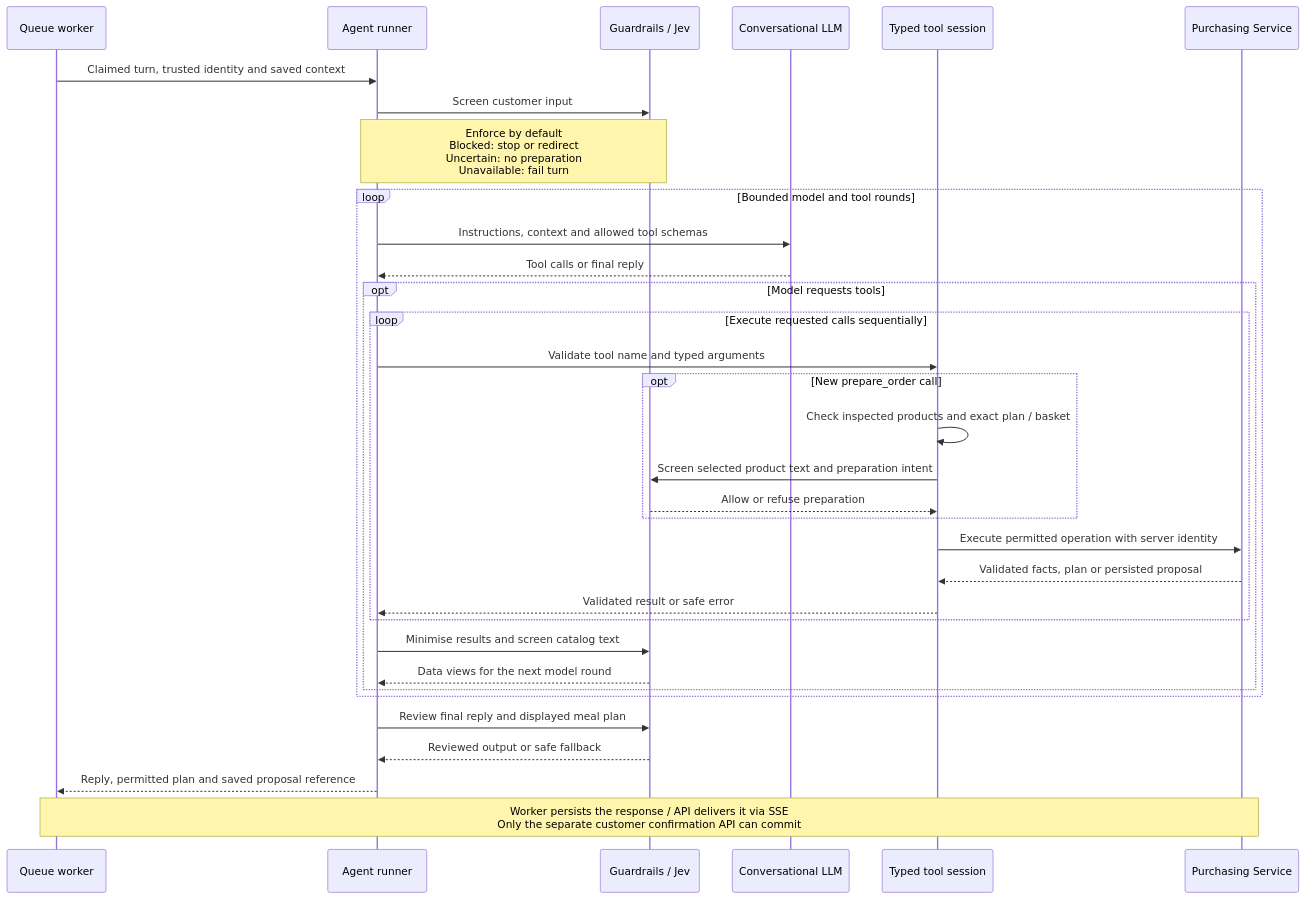
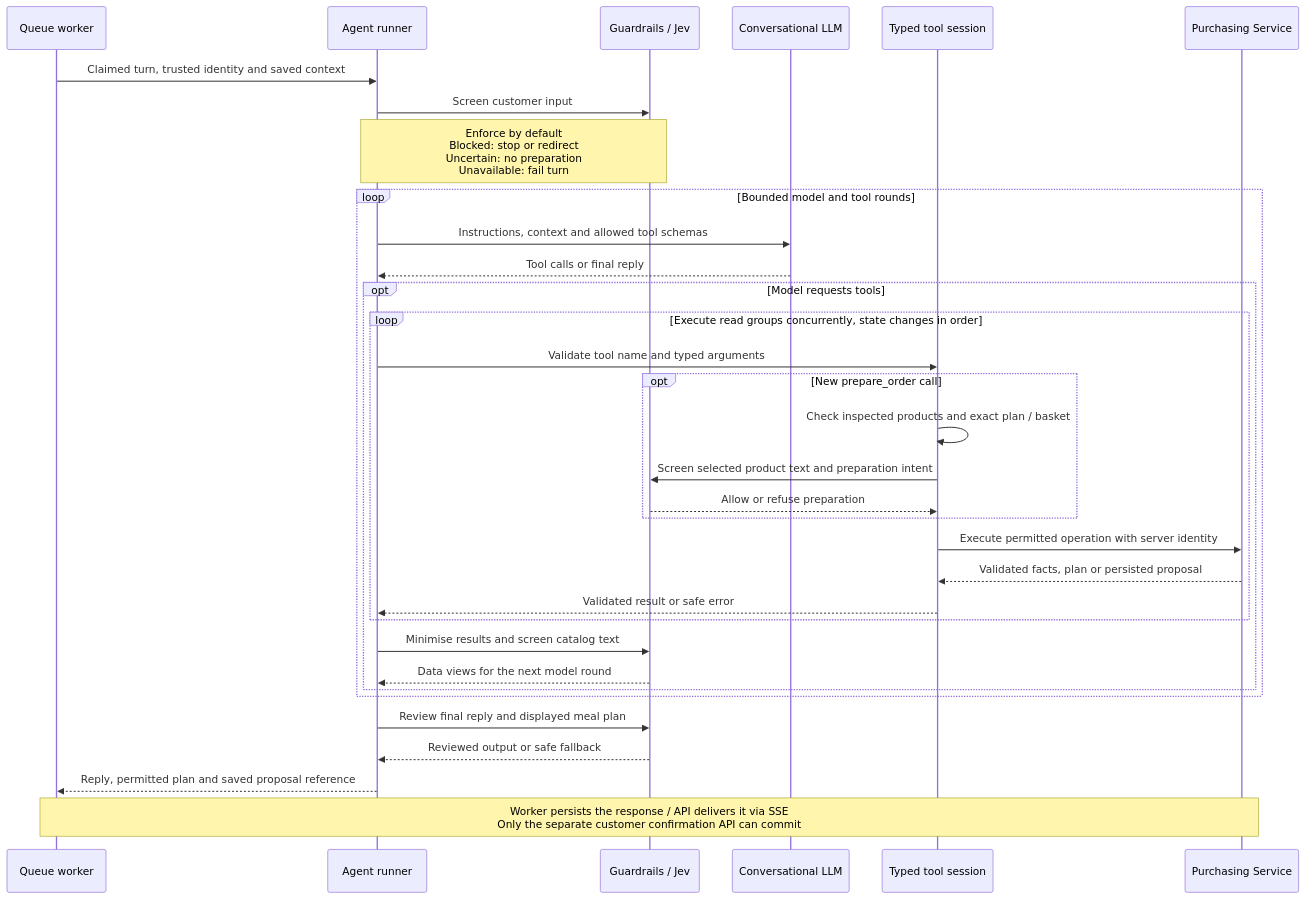
The second of 4 diagrams in docs/architecture.md (Junction-Best-Team/Main-Application), drawn with Mermaid before and after one commit. The commit also changed other lines of this file and 19 other files, not shown here.

````diff
--- a/docs/architecture.md
+++ b/docs/architecture.md
@@ -114,36 +114,36 @@
 ```mermaid
 sequenceDiagram
     participant Worker as Queue worker
     participant Runner as Agent runner
     participant Guard as Guardrails / Jev
     participant LLM as Conversational LLM
     participant Tools as Typed tool session
     participant Service as Purchasing Service
 
     Worker->>Runner: Claimed turn, trusted identity and saved context
     Runner->>Guard: Screen customer input
     Note over Runner,Guard: Enforce by default<br/>Blocked: stop or redirect<br/>Uncertain: no preparation<br/>Unavailable: fail turn
     loop Bounded model and tool rounds
         Runner->>LLM: Instructions, context and allowed tool schemas
         LLM-->>Runner: Tool calls or final reply
         opt Model requests tools
-            loop Execute requested calls sequentially
+            loop Execute read groups concurrently, state changes in order
                 Runner->>Tools: Validate tool name and typed arguments
                 opt New prepare_order call
                     Tools->>Tools: Check inspected products and exact plan / basket
                     Tools->>Guard: Screen selected product text and preparation intent
                     Guard-->>Tools: Allow or refuse preparation
                 end
                 Tools->>Service: Execute permitted operation with server identity
                 Service-->>Tools: Validated facts, plan or persisted proposal
                 Tools-->>Runner: Validated result or safe error
             end
             Runner->>Guard: Minimise results and screen catalog text
             Guard-->>Runner: Data views for the next model round
         end
     end
     Runner->>Guard: Review final reply and displayed meal plan
     Guard-->>Runner: Reviewed output or safe fallback
     Runner-->>Worker: Reply, permitted plan and saved proposal reference
     Note over Worker,Service: Worker persists the response / API delivers it via SSE<br/>Only the separate customer confirmation API can commit
 ```
````
